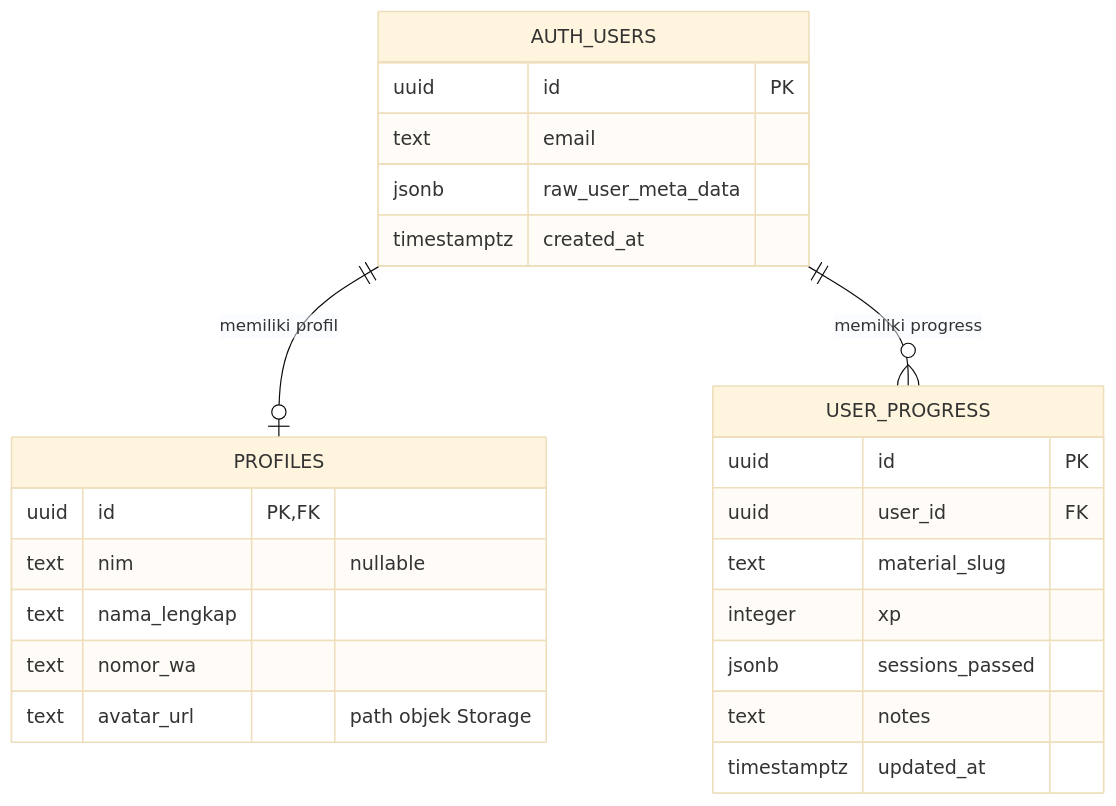
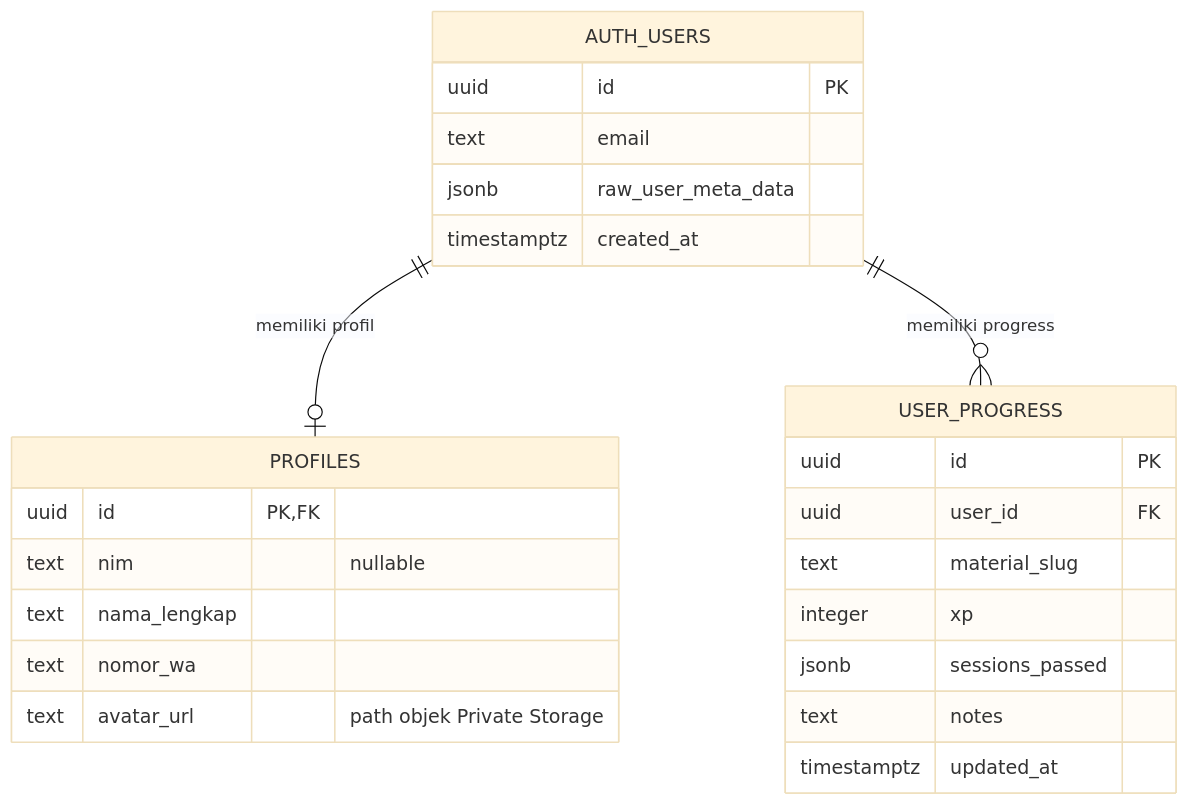
Before and after one commit to nandayudhistirawibowo/NdUniverse: the diagram in ERD.md, drawn with Mermaid (base theme). The commit also changed other lines of this file and 3 other files, not shown here.

````diff
--- a/ERD.md
+++ b/ERD.md
@@ -5,30 +5,30 @@
 ```mermaid
 erDiagram
     AUTH_USERS ||--o| PROFILES : "memiliki profil"
     AUTH_USERS ||--o{ USER_PROGRESS : "memiliki progress"
 
     AUTH_USERS {
         uuid id PK
         text email
         jsonb raw_user_meta_data
         timestamptz created_at
     }
 
     PROFILES {
         uuid id PK, FK
         text nim "nullable"
         text nama_lengkap
         text nomor_wa
-        text avatar_url "path objek Storage"
+        text avatar_url "path objek Private Storage"
     }
 
     USER_PROGRESS {
         uuid id PK
         uuid user_id FK
         text material_slug
         integer xp
         jsonb sessions_passed
         text notes
         timestamptz updated_at
     }
 ```
````
